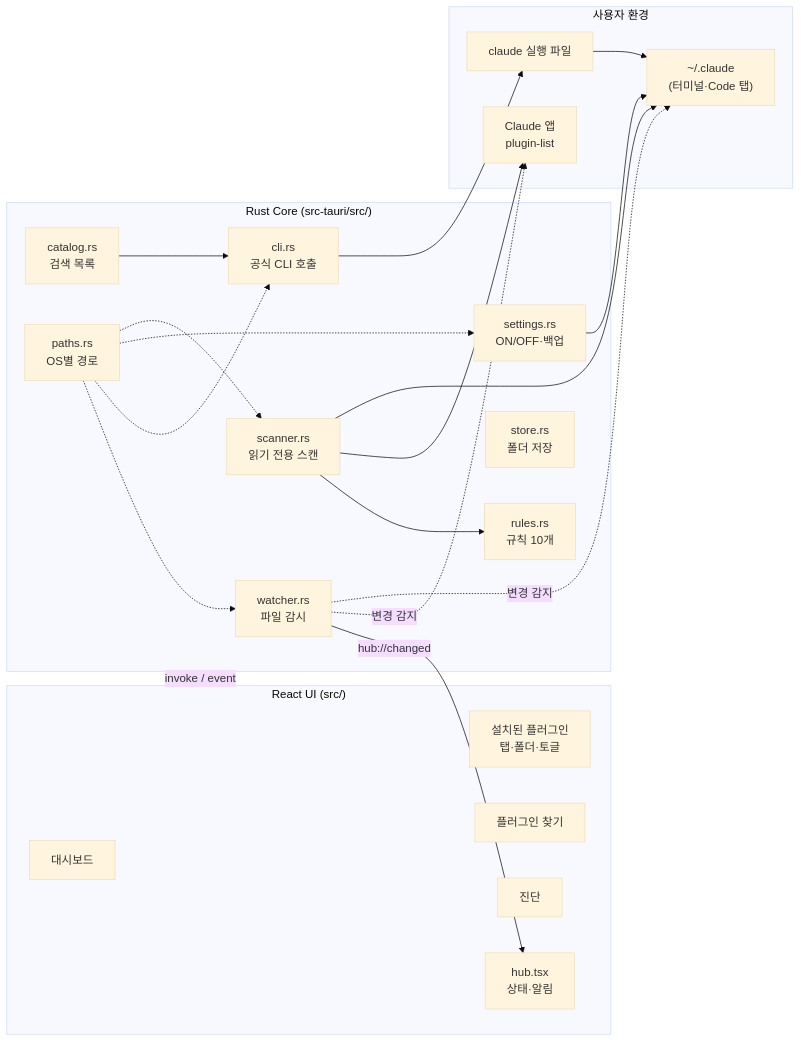
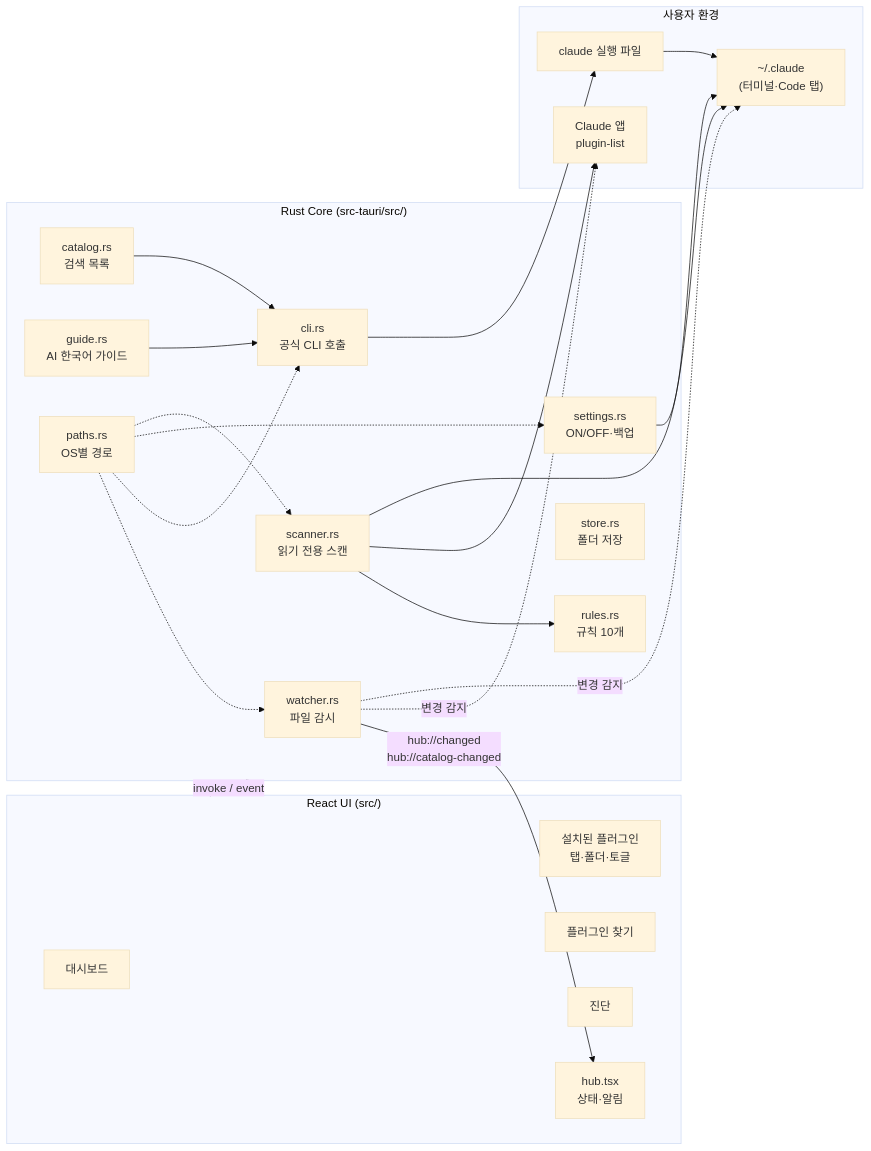
The diagram in README.md (kimmj1234/plugin-hub), drawn with Mermaid (base theme) before and after one commit. The commit also changed other lines of this file and 1 other file, not shown here.

First line of the commit message:
docs: 한국어 설명·슬래시 명령·분류·인기도 기능과 한계 기록

````diff
--- a/README.md
+++ b/README.md
@@ -108,37 +114,39 @@
 ```mermaid
 flowchart LR
     subgraph UI["React UI (src/)"]
         Dash[대시보드]
         Inst[설치된 플러그인<br/>탭·폴더·토글]
         Disc[플러그인 찾기]
         Diag[진단]
         Hub[hub.tsx<br/>상태·알림]
     end
 
     subgraph Core["Rust Core (src-tauri/src/)"]
         Scanner[scanner.rs<br/>읽기 전용 스캔]
         Rules[rules.rs<br/>규칙 10개]
         Settings[settings.rs<br/>ON/OFF·백업]
         CLI[cli.rs<br/>공식 CLI 호출]
         Catalog[catalog.rs<br/>검색 목록]
         Watcher[watcher.rs<br/>파일 감시]
         Store[store.rs<br/>폴더 저장]
+        Guide[guide.rs<br/>AI 한국어 가이드]
         Paths[paths.rs<br/>OS별 경로]
     end
 
     subgraph Env["사용자 환경"]
         Claude["~/.claude<br/>(터미널·Code 탭)"]
         App["Claude 앱<br/>plugin-list"]
         Bin["claude 실행 파일"]
     end
 
     UI <-->|invoke / event| Core
     Scanner --> Claude & App
     Scanner --> Rules
     Settings --> Claude
     CLI --> Bin --> Claude
     Catalog --> CLI
+    Guide --> CLI
     Watcher -. 변경 감지 .-> Claude & App
-    Watcher -->|hub://changed| Hub
+    Watcher -->|hub://changed<br/>hub://catalog-changed| Hub
     Paths -.-> Scanner & Settings & CLI & Watcher
 ```
````
